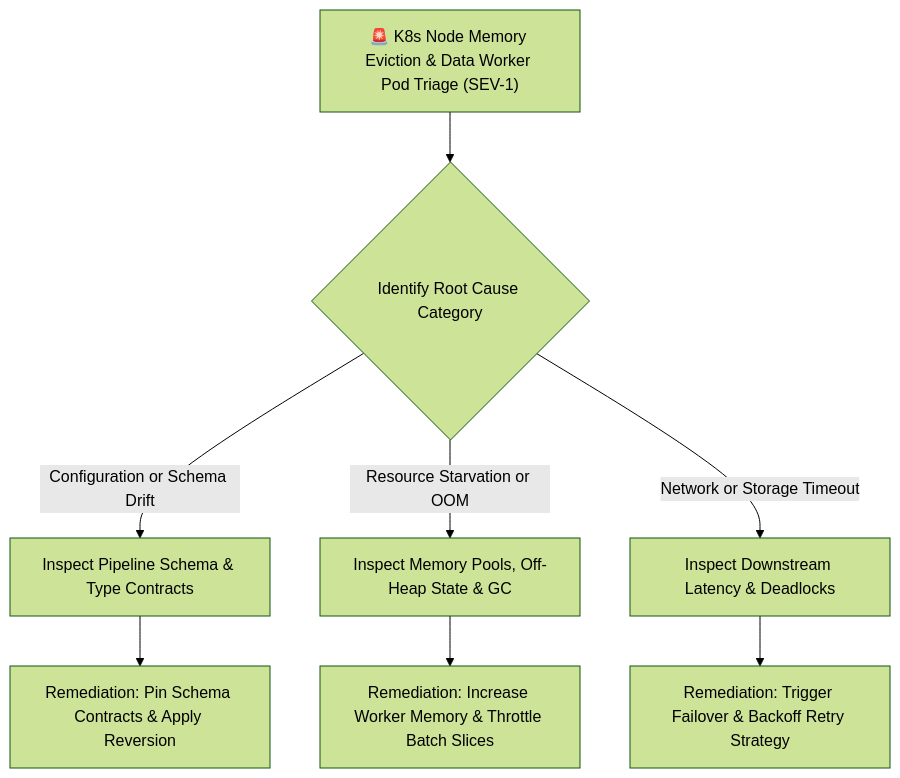
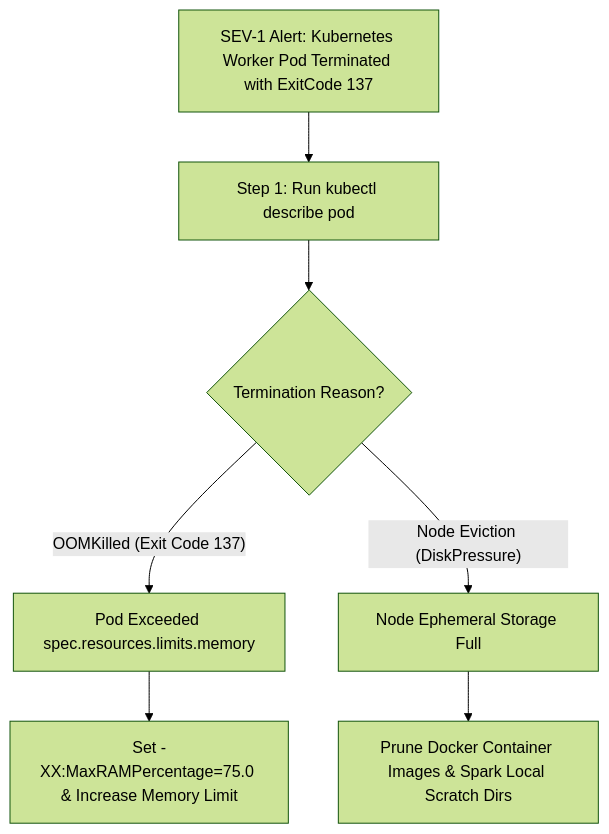
Before and after one commit to santoshjammi29/dataops-cicd-handbook: the diagram in runbooks/04_kubernetes_node_memory_eviction_and_oom_triage.md, drawn with Mermaid (forest theme). The commit also changed other lines of this file and 12 other files, not shown here.

````diff
--- a/runbooks/04_kubernetes_node_memory_eviction_and_oom_triage.md
+++ b/runbooks/04_kubernetes_node_memory_eviction_and_oom_triage.md
@@ -11,12 +12,11 @@
 ```mermaid
 flowchart TD
-    Alert["🚨 K8s Node Memory Eviction & Data Worker Pod Triage (SEV-1)"] --> TriageCategory{"Identify Root Cause Category"}
+    Alert["SEV-1 Alert: Kubernetes Worker Pod Terminated with ExitCode 137"] --> InspectPod["Step 1: Run kubectl describe pod"]
+    InspectPod --> ReasonCheck{"Termination Reason?"}
     
-    TriageCategory -->|"Configuration or Schema Drift"| ConfigTriage["Inspect Pipeline Schema & Type Contracts"]
-    TriageCategory -->|"Resource Starvation or OOM"| ResourceTriage["Inspect Memory Pools, Off-Heap State & GC"]
-    TriageCategory -->|"Network or Storage Timeout"| NetworkTriage["Inspect Downstream Latency & Deadlocks"]
-
-    ConfigTriage --> FixConfig["Remediation: Pin Schema Contracts & Apply Reversion"]
-    ResourceTriage --> FixResource["Remediation: Increase Worker Memory & Throttle Batch Slices"]
-    NetworkTriage --> FixNetwork["Remediation: Trigger Failover & Backoff Retry Strategy"]
+    ReasonCheck -->|"OOMKilled (Exit Code 137)"| MemoryEviction["Pod Exceeded spec.resources.limits.memory"]
+    ReasonCheck -->|"Node Eviction (DiskPressure)"| DiskEviction["Node Ephemeral Storage Full"]
+    
+    MemoryEviction --> TuneJVM["Set -XX:MaxRAMPercentage=75.0 & Increase Memory Limit"]
+    DiskEviction --> CleanLogs["Prune Docker Container Images & Spark Local Scratch Dirs"]
 ```
````
